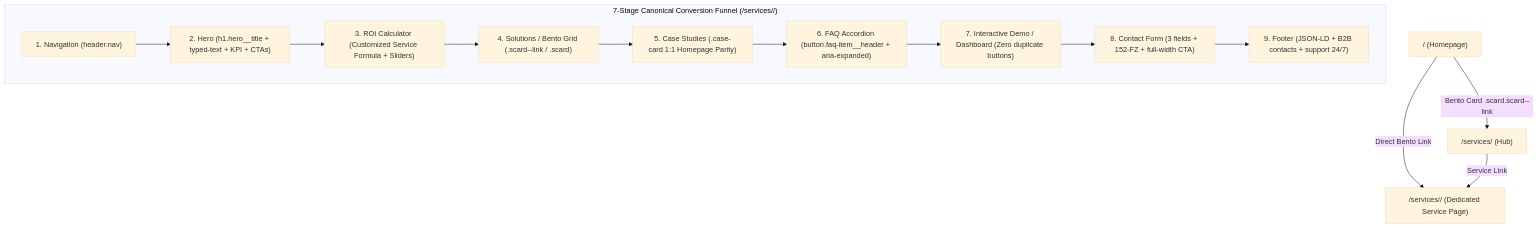
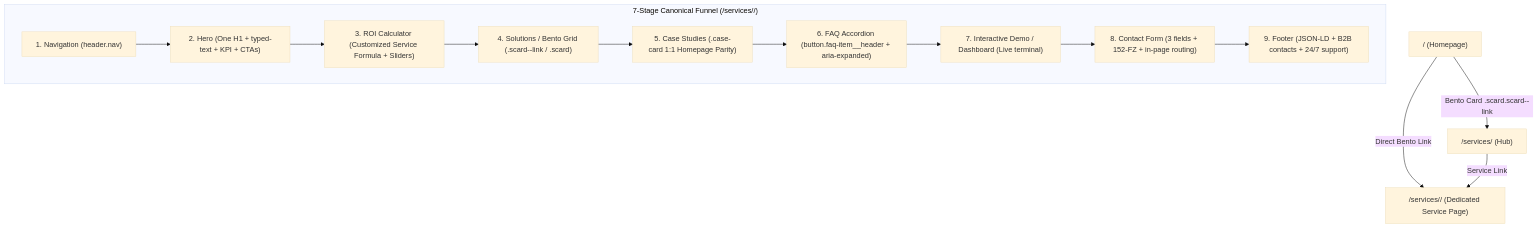
The second of 3 diagrams in ARCHITECTURE.md (Vlad-Voro/ai-avtopilot), drawn with Mermaid (base theme) before and after one commit. The commit also changed other lines of this file and 6 other files, not shown here.

Commit message:
fix(subpages,dashboard): remove phantom cases deep banner and detach glued dashboard buttons

````diff
--- a/ARCHITECTURE.md
+++ b/ARCHITECTURE.md
@@ -327,20 +219,20 @@
 ```mermaid
 flowchart TD
     Index["/ (Homepage)"] -->|Bento Card .scard.scard--link| Hub["/services/ (Hub)"]
     Index -->|Direct Bento Link| SvcPage["/services/<slug>/ (Dedicated Service Page)"]
     Hub -->|Service Link| SvcPage
     
-    subgraph SvcStructure ["7-Stage Canonical Conversion Funnel (/services/<slug>/)"]
+    subgraph SvcStructure ["7-Stage Canonical Funnel (/services/<slug>/)"]
         S1["1. Navigation (header.nav)"]
-        S2["2. Hero (h1.hero__title + typed-text + KPI + CTAs)"]
+        S2["2. Hero (One H1 + typed-text + KPI + CTAs)"]
         S3["3. ROI Calculator (Customized Service Formula + Sliders)"]
         S4["4. Solutions / Bento Grid (.scard--link / .scard)"]
         S5["5. Case Studies (.case-card 1:1 Homepage Parity)"]
         S6["6. FAQ Accordion (button.faq-item__header + aria-expanded)"]
-        S7["7. Interactive Demo / Dashboard (Zero duplicate buttons)"]
-        S8["8. Contact Form (3 fields + 152-FZ + full-width CTA)"]
-        S9["9. Footer (JSON-LD + B2B contacts + support 24/7)"]
+        S7["7. Interactive Demo / Dashboard (Live terminal)"]
+        S8["8. Contact Form (3 fields + 152-FZ + in-page routing)"]
+        S9["9. Footer (JSON-LD + B2B contacts + 24/7 support)"]
         
         S1 --> S2 --> S3 --> S4 --> S5 --> S6 --> S7 --> S8 --> S9
     end
 ```
````
